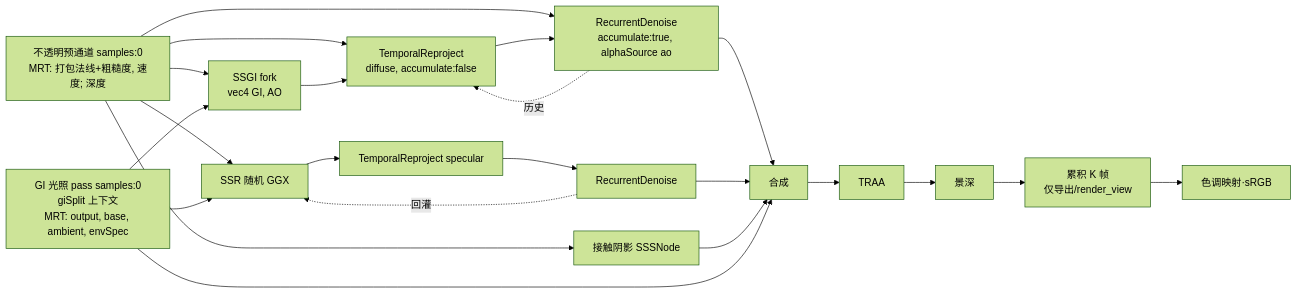
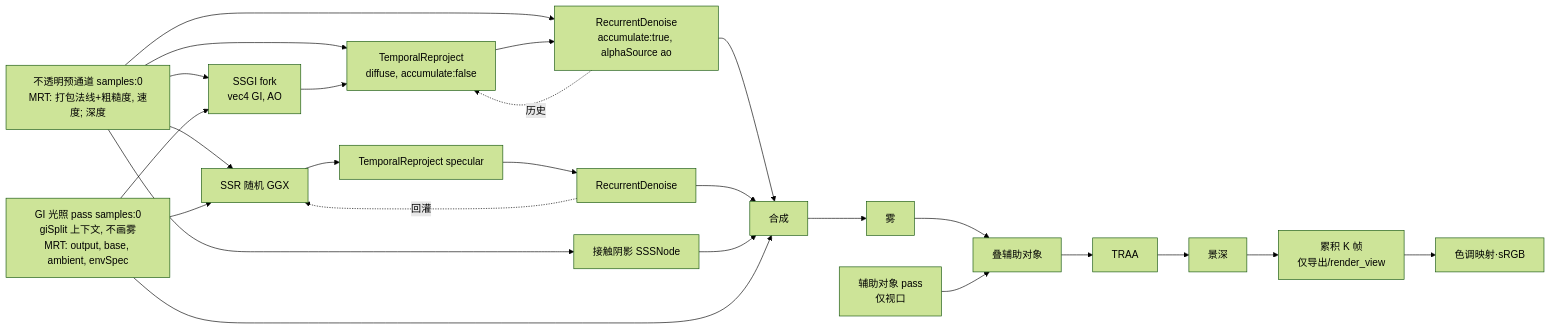
One commit to ltwin/customer_manage_platform changed the second of 2 diagrams in .lti/features/2026-10-20-scene-webgpu-renderer/features/2026-10-21-scene-render-settings/design.md. Above: the diagram before and after it, drawn with Mermaid (forest theme). The commit also changed other lines of this file and 12 other files, not shown here.

First line of the commit message:
fix(scene-render-settings): 代码审计逐项处理：实时 GI 合成后统一叠雾、辅助对象单独成 pass、主光不再触发管线重建

````diff
--- a/.lti/features/2026-10-20-scene-webgpu-renderer/features/2026-10-21-scene-render-settings/design.md
+++ b/.lti/features/2026-10-20-scene-webgpu-renderer/features/2026-10-21-scene-render-settings/design.md
@@ -103,10 +103,12 @@
 ```mermaid
 flowchart LR
   PRE[不透明预通道 samples:0<br/>MRT: 打包法线+粗糙度, 速度; 深度] --> SSGI & SSR & TR & RD & SSS
-  LIT[GI 光照 pass samples:0<br/>giSplit 上下文<br/>MRT: output, base, ambient, envSpec] --> SSGI
+  LIT[GI 光照 pass samples:0<br/>giSplit 上下文, 不画雾<br/>MRT: output, base, ambient, envSpec] --> SSGI
   SSGI[SSGI fork<br/>vec4 GI, AO] --> TR[TemporalReproject<br/>diffuse, accumulate:false] --> RD[RecurrentDenoise<br/>accumulate:true, alphaSource ao]
   RD -. 历史 .-> TR
   LIT --> SSR[SSR 随机 GGX] --> TR2[TemporalReproject specular] --> RD2[RecurrentDenoise] -. 回灌 .-> SSR
   SSS[接触阴影 SSSNode]
-  RD & RD2 & SSS & LIT --> C[合成] --> TRAA --> DOF[景深] --> ACC[累积 K 帧<br/>仅导出/render_view] --> OUT[色调映射·sRGB]
+  ASIDE[辅助对象 pass<br/>仅视口]
+  RD & RD2 & SSS & LIT --> C[合成] --> FOG[雾] --> OV[叠辅助对象] --> TRAA --> DOF[景深] --> ACC[累积 K 帧<br/>仅导出/render_view] --> OUT[色调映射·sRGB]
+  ASIDE --> OV
 ```
````
